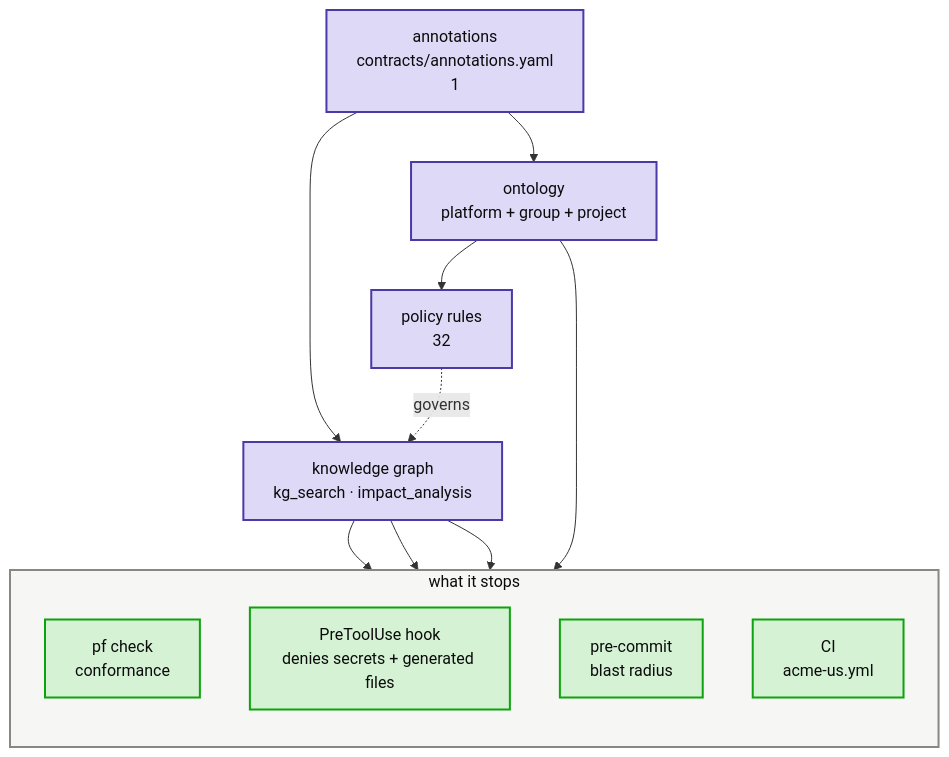
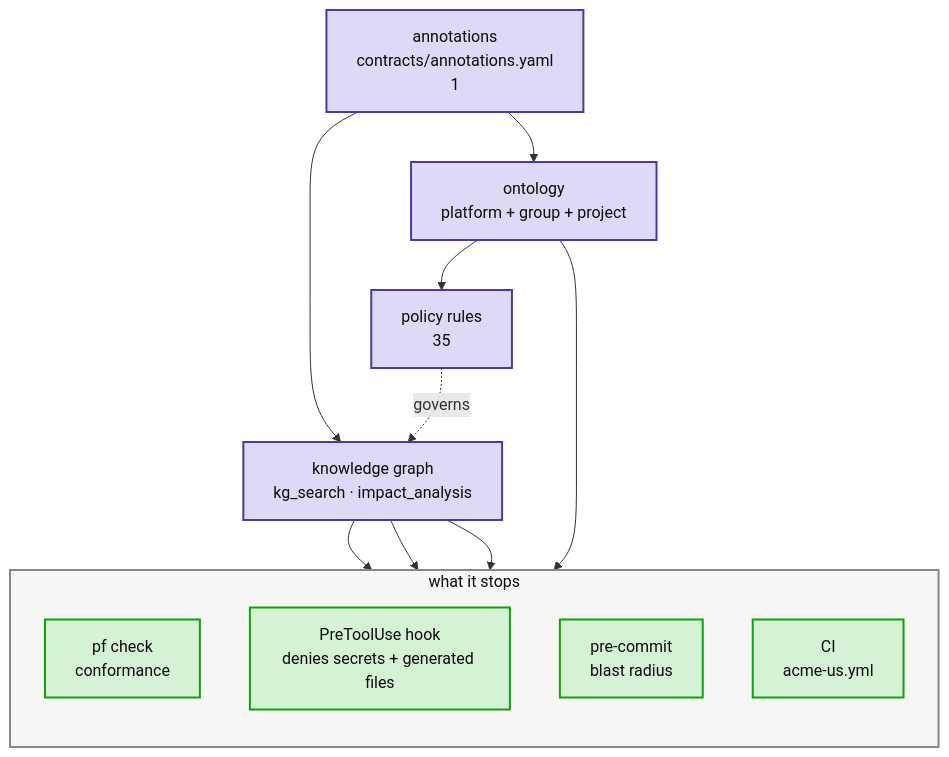
One commit to Atomz-org/data-platform changed the third of 3 diagrams in groups/acme/projects/acme-us/kg/architecture.md. Above: the diagram before and after it, drawn with Mermaid. The commit also changed other lines of this file and 10 other files, not shown here.

First line of the commit message:
arch: the three aidf policy rules on every project map

````diff
--- a/groups/acme/projects/acme-us/kg/architecture.md
+++ b/groups/acme/projects/acme-us/kg/architecture.md
@@ -68,26 +68,26 @@
 ```mermaid
 flowchart TB
     A["annotations<br/>contracts/annotations.yaml<br/>1"]:::platform
     O["ontology<br/>platform + group + project"]:::platform
-    P["policy rules<br/>32"]:::platform
+    P["policy rules<br/>35"]:::platform
     K["knowledge graph<br/>kg_search · impact_analysis"]:::platform
     subgraph LG["what it stops"]
         direction TB
         E1["pf check<br/>conformance"]:::good
         E2["PreToolUse hook<br/>denies secrets + generated files"]:::good
         E3["pre-commit<br/>blast radius"]:::good
         E4["CI<br/>acme-us.yml"]:::good
     end
     A --> O --> P
     A --> K
     P -.governs.-> K
     K --> E2
     K --> E3
     K --> E4
     O --> E1
     classDef platform fill:#ded9f7,stroke:#4a3aa7,stroke-width:2px,color:#0b0b0b
     classDef good fill:#d5f2d5,stroke:#0ca30c,stroke-width:2px,color:#0b0b0b
     classDef neutral fill:#e8e7e2,stroke:#898781,stroke-width:2px,color:#0b0b0b
     classDef lane fill:#f6f6f4,stroke:#898781,stroke-width:2px,color:#0b0b0b
     class LG lane
 ```
````
